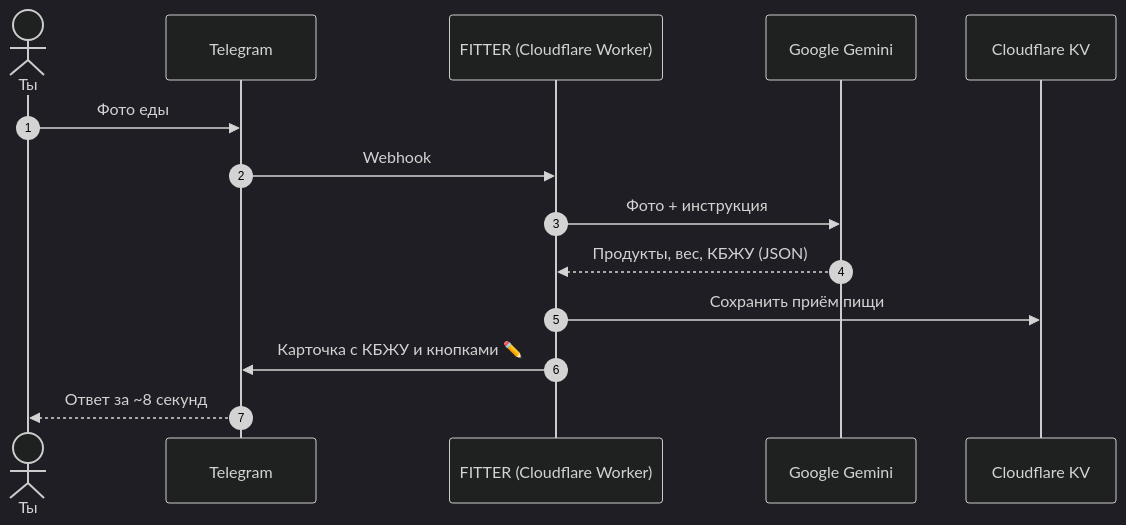
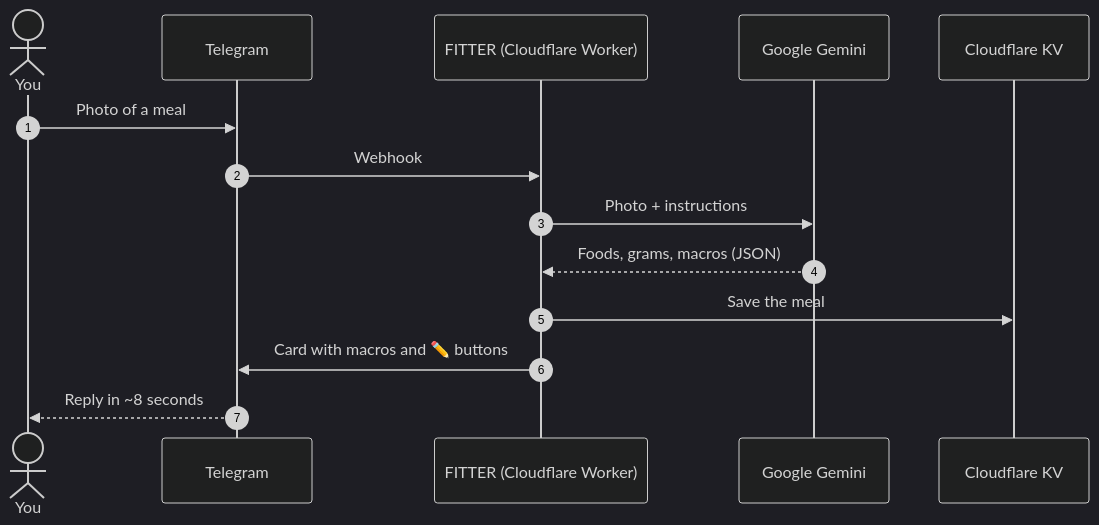
Before and after one commit to sailxx/FITTER-AI: the diagram in README.md, drawn with Mermaid (dark theme). The commit also changed other lines of this file and 9 other files, not shown here.

````diff
--- a/README.md
+++ b/README.md
@@ -78,17 +63,17 @@
 ```mermaid
 sequenceDiagram
     autonumber
-    actor U as Ты
+    actor U as You
     participant T as Telegram
     participant W as FITTER (Cloudflare Worker)
     participant G as Google Gemini
     participant D as Cloudflare KV
 
-    U->>T: Фото еды
+    U->>T: Photo of a meal
     T->>W: Webhook
-    W->>G: Фото + инструкция
-    G-->>W: Продукты, вес, КБЖУ (JSON)
-    W->>D: Сохранить приём пищи
-    W->>T: Карточка с КБЖУ и кнопками ✏️
-    T-->>U: Ответ за ~8 секунд
+    W->>G: Photo + instructions
+    G-->>W: Foods, grams, macros (JSON)
+    W->>D: Save the meal
+    W->>T: Card with macros and ✏️ buttons
+    T-->>U: Reply in ~8 seconds
 ```
````
